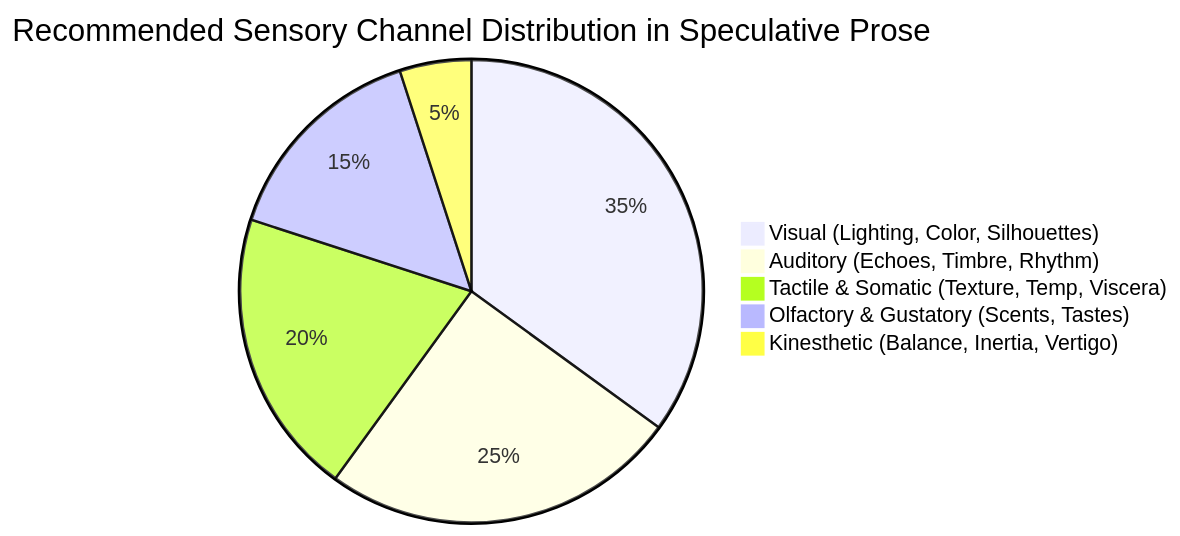
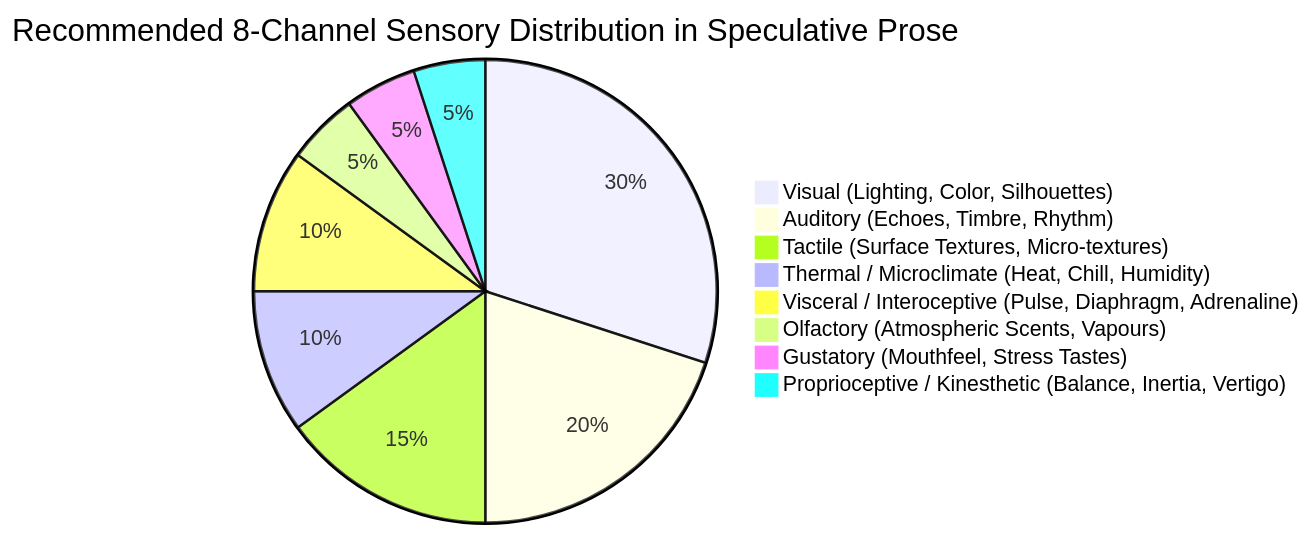
One commit to aryansinghnagar/Ars-Arcanum changed the diagram in templates/manuscript/Outlines/Stylistics-and-Immersion-Guide.md. Above: the diagram before and after it, drawn with Mermaid. The commit also changed other lines of this file and 45 other files, not shown here.

````diff
--- a/templates/manuscript/Outlines/Stylistics-and-Immersion-Guide.md
+++ b/templates/manuscript/Outlines/Stylistics-and-Immersion-Guide.md
@@ -59,8 +59,11 @@
 ```mermaid
-pie title Recommended Sensory Channel Distribution in Speculative Prose
-    "Visual (Lighting, Color, Silhouettes)" : 35
-    "Auditory (Echoes, Timbre, Rhythm)" : 25
-    "Tactile & Somatic (Texture, Temp, Viscera)" : 20
-    "Olfactory & Gustatory (Scents, Tastes)" : 15
-    "Kinesthetic (Balance, Inertia, Vertigo)" : 5
+pie title Recommended 8-Channel Sensory Distribution in Speculative Prose
+    "Visual (Lighting, Color, Silhouettes)" : 30
+    "Auditory (Echoes, Timbre, Rhythm)" : 20
+    "Tactile (Surface Textures, Micro-textures)" : 15
+    "Thermal / Microclimate (Heat, Chill, Humidity)" : 10
+    "Visceral / Interoceptive (Pulse, Diaphragm, Adrenaline)" : 10
+    "Olfactory (Atmospheric Scents, Vapours)" : 5
+    "Gustatory (Mouthfeel, Stress Tastes)" : 5
+    "Proprioceptive / Kinesthetic (Balance, Inertia, Vertigo)" : 5
 ```
````
